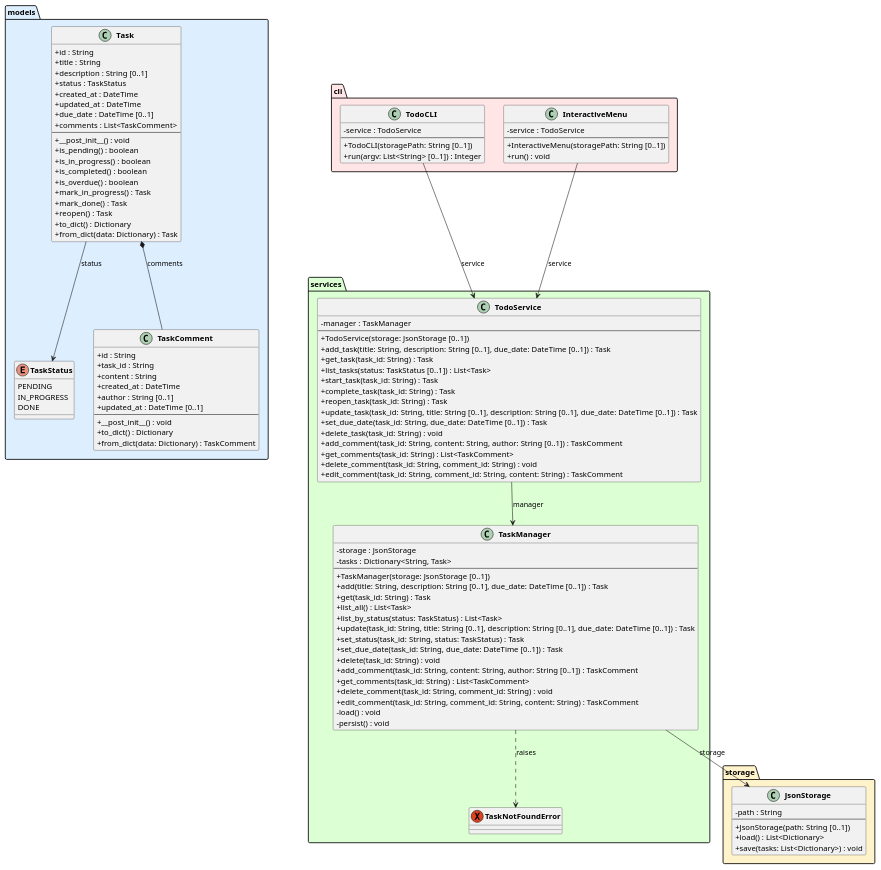
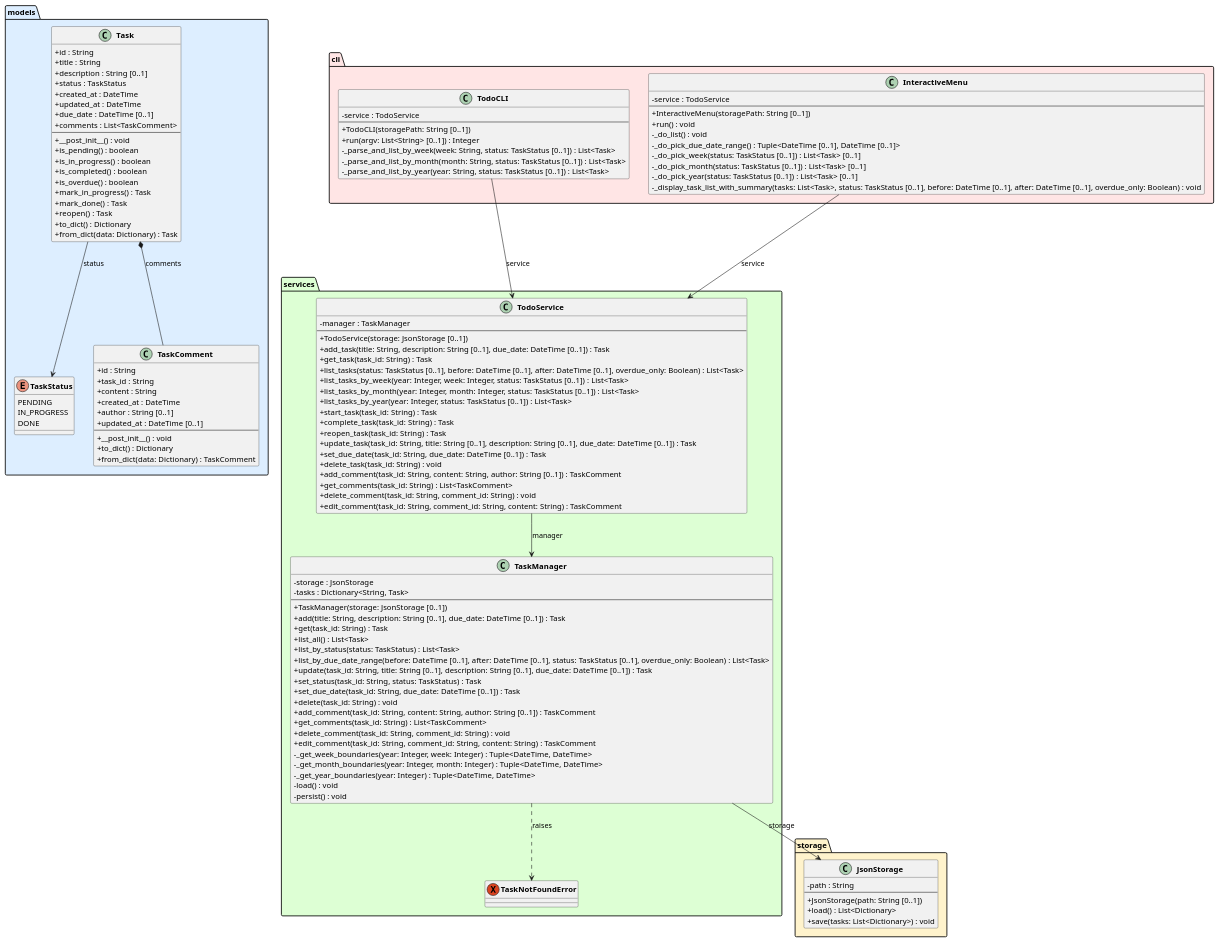
Before and after one commit to DanielRiha8906/Software_autoevolution_using_agents: the diagram in experiments/pipeline/user_stories/TODO/artifacts/class_diagram.puml, drawn with PlantUML. The commit also changed 10 other files, not shown here.

First line of the commit message:
task 05 | pipeline / user_stories / TODO: Implement task filtering by due date and overdue status

```diff
--- a/experiments/pipeline/user_stories/TODO/artifacts/class_diagram.puml
+++ b/experiments/pipeline/user_stories/TODO/artifacts/class_diagram.puml
@@ -1,127 +1,143 @@
 @startuml class_diagram
 
 skinparam classAttributeIconSize 0
 skinparam classFontStyle bold
 
 package "models" #DDEEFF {
     enum TaskStatus {
         PENDING
         IN_PROGRESS
         DONE
     }
 
     class Task {
         +id : String
         +title : String
         +description : String [0..1]
         +status : TaskStatus
         +created_at : DateTime
         +updated_at : DateTime
         +due_date : DateTime [0..1]
         +comments : List<TaskComment>
         --
         +__post_init__() : void
         +is_pending() : boolean
         +is_in_progress() : boolean
         +is_completed() : boolean
         +is_overdue() : boolean
         +mark_in_progress() : Task
         +mark_done() : Task
         +reopen() : Task
         +to_dict() : Dictionary
         +from_dict(data: Dictionary) : Task
     }
 
     class TaskComment {
         +id : String
         +task_id : String
         +content : String
         +created_at : DateTime
         +author : String [0..1]
         +updated_at : DateTime [0..1]
         --
         +__post_init__() : void
         +to_dict() : Dictionary
         +from_dict(data: Dictionary) : TaskComment
     }
 }
 
 package "storage" #FFF3CC {
     class JsonStorage {
         -path : String
         --
         +JsonStorage(path: String [0..1])
         +load() : List<Dictionary>
         +save(tasks: List<Dictionary>) : void
     }
 }
 
 package "services" #DDFFD4 {
     exception TaskNotFoundError
 
     class TaskManager {
         -storage : JsonStorage
         -tasks : Dictionary<String, Task>
         --
         +TaskManager(storage: JsonStorage [0..1])
         +add(title: String, description: String [0..1], due_date: DateTime [0..1]) : Task
         +get(task_id: String) : Task
         +list_all() : List<Task>
         +list_by_status(status: TaskStatus) : List<Task>
+        +list_by_due_date_range(before: DateTime [0..1], after: DateTime [0..1], status: TaskStatus [0..1], overdue_only: Boolean) : List<Task>
         +update(task_id: String, title: String [0..1], description: String [0..1], due_date: DateTime [0..1]) : Task
         +set_status(task_id: String, status: TaskStatus) : Task
         +set_due_date(task_id: String, due_date: DateTime [0..1]) : Task
         +delete(task_id: String) : void
         +add_comment(task_id: String, content: String, author: String [0..1]) : TaskComment
         +get_comments(task_id: String) : List<TaskComment>
         +delete_comment(task_id: String, comment_id: String) : void
         +edit_comment(task_id: String, comment_id: String, content: String) : TaskComment
+        -_get_week_boundaries(year: Integer, week: Integer) : Tuple<DateTime, DateTime>
+        -_get_month_boundaries(year: Integer, month: Integer) : Tuple<DateTime, DateTime>
+        -_get_year_boundaries(year: Integer) : Tuple<DateTime, DateTime>
         -load() : void
         -persist() : void
     }
 
     class TodoService {
         -manager : TaskManager
         --
         +TodoService(storage: JsonStorage [0..1])
         +add_task(title: String, description: String [0..1], due_date: DateTime [0..1]) : Task
         +get_task(task_id: String) : Task
-        +list_tasks(status: TaskStatus [0..1]) : List<Task>
+        +list_tasks(status: TaskStatus [0..1], before: DateTime [0..1], after: DateTime [0..1], overdue_only: Boolean) : List<Task>
+        +list_tasks_by_week(year: Integer, week: Integer, status: TaskStatus [0..1]) : List<Task>
+        +list_tasks_by_month(year: Integer, month: Integer, status: TaskStatus [0..1]) : List<Task>
+        +list_tasks_by_year(year: Integer, status: TaskStatus [0..1]) : List<Task>
         +start_task(task_id: String) : Task
         +complete_task(task_id: String) : Task
         +reopen_task(task_id: String) : Task
         +update_task(task_id: String, title: String [0..1], description: String [0..1], due_date: DateTime [0..1]) : Task
         +set_due_date(task_id: String, due_date: DateTime [0..1]) : Task
         +delete_task(task_id: String) : void
         +add_comment(task_id: String, content: String, author: String [0..1]) : TaskComment
         +get_comments(task_id: String) : List<TaskComment>
         +delete_comment(task_id: String, comment_id: String) : void
         +edit_comment(task_id: String, comment_id: String, content: String) : TaskComment
     }
 }
 
 package "cli" #FFE5E5 {
     class TodoCLI {
         -service : TodoService
         --
         +TodoCLI(storagePath: String [0..1])
         +run(argv: List<String> [0..1]) : Integer
+        -_parse_and_list_by_week(week: String, status: TaskStatus [0..1]) : List<Task>
+        -_parse_and_list_by_month(month: String, status: TaskStatus [0..1]) : List<Task>
+        -_parse_and_list_by_year(year: String, status: TaskStatus [0..1]) : List<Task>
     }
 
     class InteractiveMenu {
         -service : TodoService
         --
         +InteractiveMenu(storagePath: String [0..1])
         +run() : void
+        -_do_list() : void
+        -_do_pick_due_date_range() : Tuple<DateTime [0..1], DateTime [0..1]>
+        -_do_pick_week(status: TaskStatus [0..1]) : List<Task> [0..1]
+        -_do_pick_month(status: TaskStatus [0..1]) : List<Task> [0..1]
+        -_do_pick_year(status: TaskStatus [0..1]) : List<Task> [0..1]
+        -_display_task_list_with_summary(tasks: List<Task>, status: TaskStatus [0..1], before: DateTime [0..1], after: DateTime [0..1], overdue_only: Boolean) : void
     }
 }
 
 Task --> TaskStatus : status
 Task *-- TaskComment : comments
 TaskManager --> JsonStorage : storage
 TaskManager ..> TaskNotFoundError : raises
 TodoService --> TaskManager : manager
 TodoCLI --> TodoService : service
 InteractiveMenu --> TodoService : service
 
 @enduml
```
